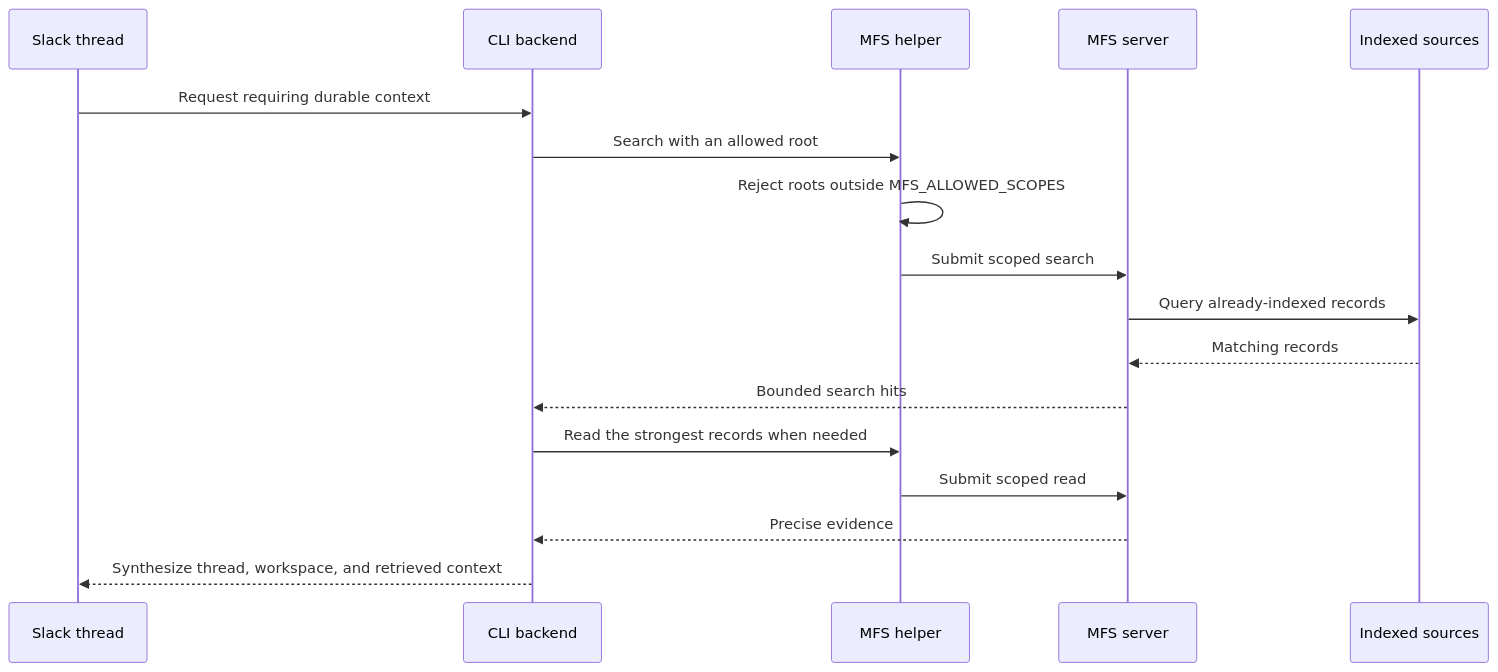
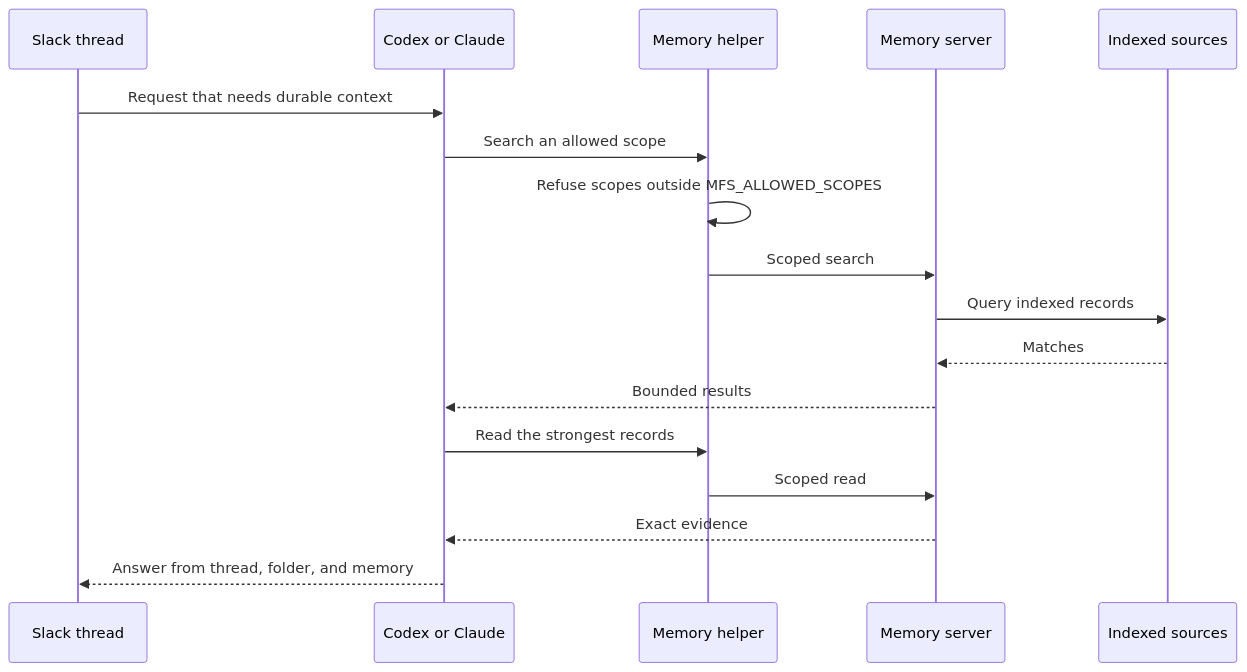
One commit to klovr-co/hover-tag changed the ninth of 16 diagrams in docs/user-flows.md. Above: the diagram before and after it, drawn with Mermaid. The commit also changed other lines of this file and 48 other files, not shown here.

````diff
--- a/docs/user-flows.md
+++ b/docs/user-flows.md
@@ -384,20 +342,20 @@
 ```mermaid
 sequenceDiagram
     participant S as Slack thread
-    participant B as CLI backend
-    participant H as MFS helper
-    participant M as MFS server
+    participant B as Codex or Claude
+    participant H as Memory helper
+    participant M as Memory server
     participant X as Indexed sources
 
-    S->>B: Request requiring durable context
-    B->>H: Search with an allowed root
-    H->>H: Reject roots outside MFS_ALLOWED_SCOPES
-    H->>M: Submit scoped search
-    M->>X: Query already-indexed records
-    X-->>M: Matching records
-    M-->>B: Bounded search hits
-    B->>H: Read the strongest records when needed
-    H->>M: Submit scoped read
-    M-->>B: Precise evidence
-    B-->>S: Synthesize thread, workspace, and retrieved context
+    S->>B: Request that needs durable context
+    B->>H: Search an allowed scope
+    H->>H: Refuse scopes outside MFS_ALLOWED_SCOPES
+    H->>M: Scoped search
+    M->>X: Query indexed records
+    X-->>M: Matches
+    M-->>B: Bounded results
+    B->>H: Read the strongest records
+    H->>M: Scoped read
+    M-->>B: Exact evidence
+    B-->>S: Answer from thread, folder, and memory
 ```
````
